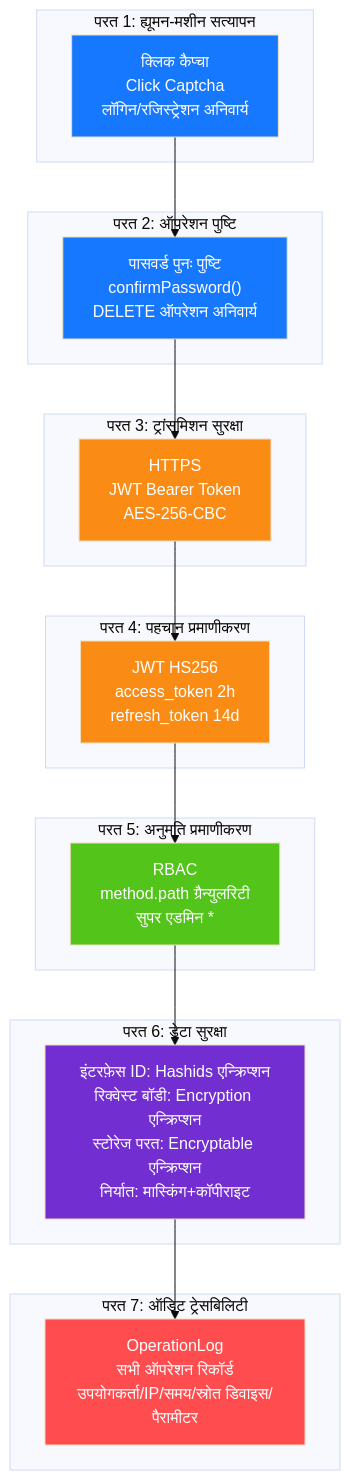
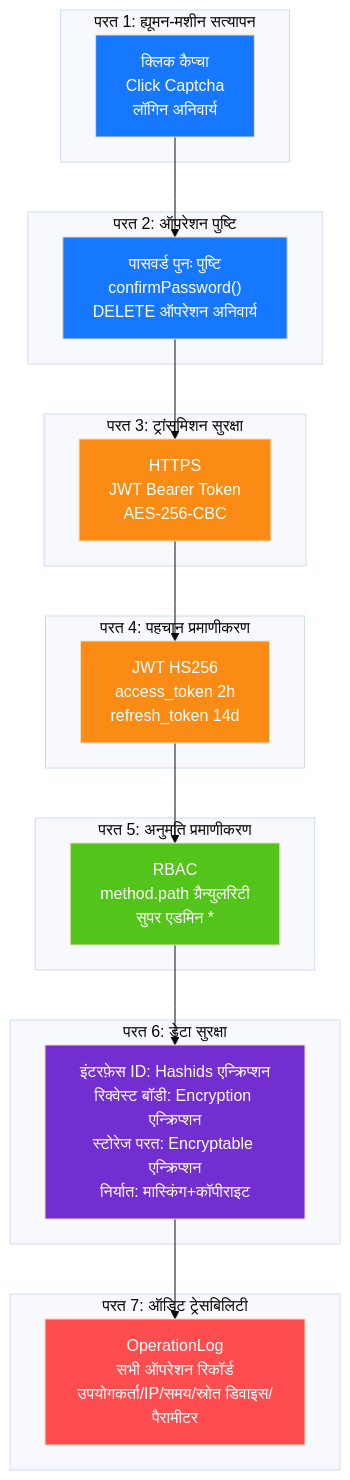
Diagram 13 of 14 in docs/ARCHITECTURE.hi.md (erikwang2013/open-admin), drawn with Mermaid (base theme) before and after one commit. The commit also changed other lines of this file and 115 other files, not shown here.

First line of the commit message:
功能：新增项目宠物「小安」、站点首页与手写 SVG 设计图集；全部文档对齐代码

````diff
--- a/docs/ARCHITECTURE.hi.md
+++ b/docs/ARCHITECTURE.hi.md
@@ -607,40 +597,40 @@
 ```mermaid
 flowchart TB
     subgraph "परत 1: ह्यूमन-मशीन सत्यापन"
-        L1["क्लिक कैप्चा<br/>Click Captcha<br/>लॉगिन/रजिस्ट्रेशन अनिवार्य"]
+        L1["क्लिक कैप्चा<br/>Click Captcha<br/>लॉगिन अनिवार्य"]
     end
 
     subgraph "परत 2: ऑपरेशन पुष्टि"
         L2["पासवर्ड पुनः पुष्टि<br/>confirmPassword()<br/>DELETE ऑपरेशन अनिवार्य"]
     end
 
     subgraph "परत 3: ट्रांसमिशन सुरक्षा"
         L3["HTTPS<br/>JWT Bearer Token<br/>AES-256-CBC"]
     end
 
     subgraph "परत 4: पहचान प्रमाणीकरण"
         L4["JWT HS256<br/>access_token 2h<br/>refresh_token 14d"]
     end
 
     subgraph "परत 5: अनुमति प्रमाणीकरण"
         L5["RBAC<br/>method.path ग्रैन्युलरिटी<br/>सुपर एडमिन * "]
     end
 
     subgraph "परत 6: डेटा सुरक्षा"
         L6["इंटरफ़ेस ID: Hashids एन्क्रिप्शन<br/>रिक्वेस्ट बॉडी: Encryption एन्क्रिप्शन<br/>स्टोरेज परत: Encryptable एन्क्रिप्शन<br/>निर्यात: मास्किंग+कॉपीराइट"]
     end
 
     subgraph "परत 7: ऑडिट ट्रेसबिलिटी"
         L7["OperationLog<br/>सभी ऑपरेशन रिकॉर्ड<br/>उपयोगकर्ता/IP/समय/स्रोत डिवाइस/पैरामीटर"]
     end
 
     L1 --> L2 --> L3 --> L4 --> L5 --> L6 --> L7
 
     style L1 fill:#1677FF,color:#fff
     style L2 fill:#1677FF,color:#fff
     style L3 fill:#FA8C16,color:#fff
     style L4 fill:#FA8C16,color:#fff
     style L5 fill:#52C41A,color:#fff
     style L6 fill:#722ED1,color:#fff
     style L7 fill:#FF4D4F,color:#fff
 ```
````
